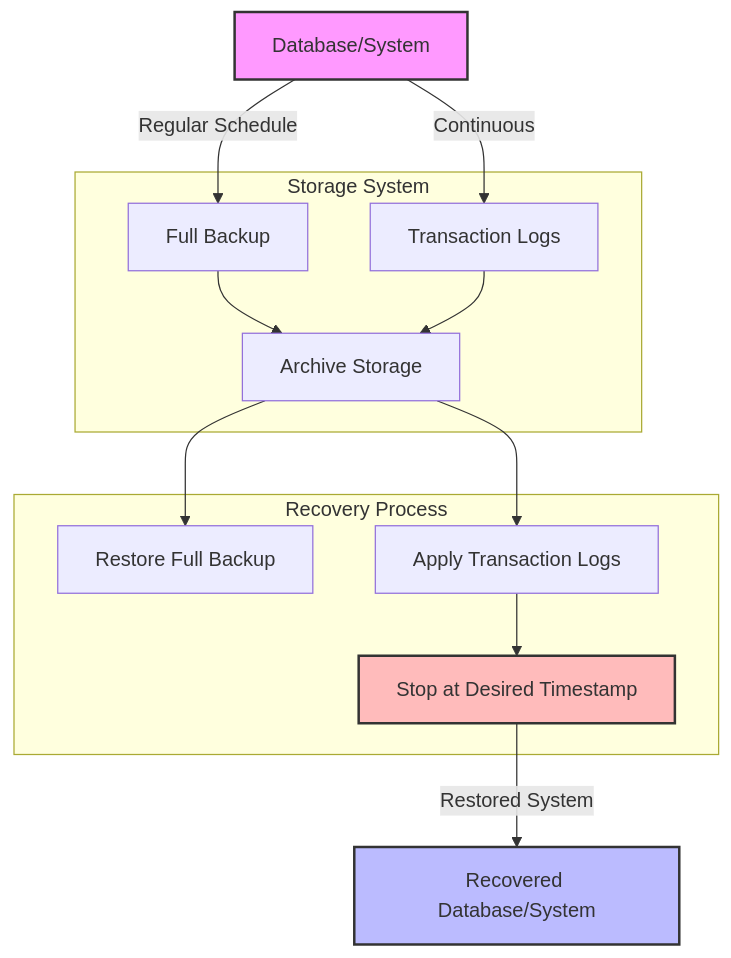
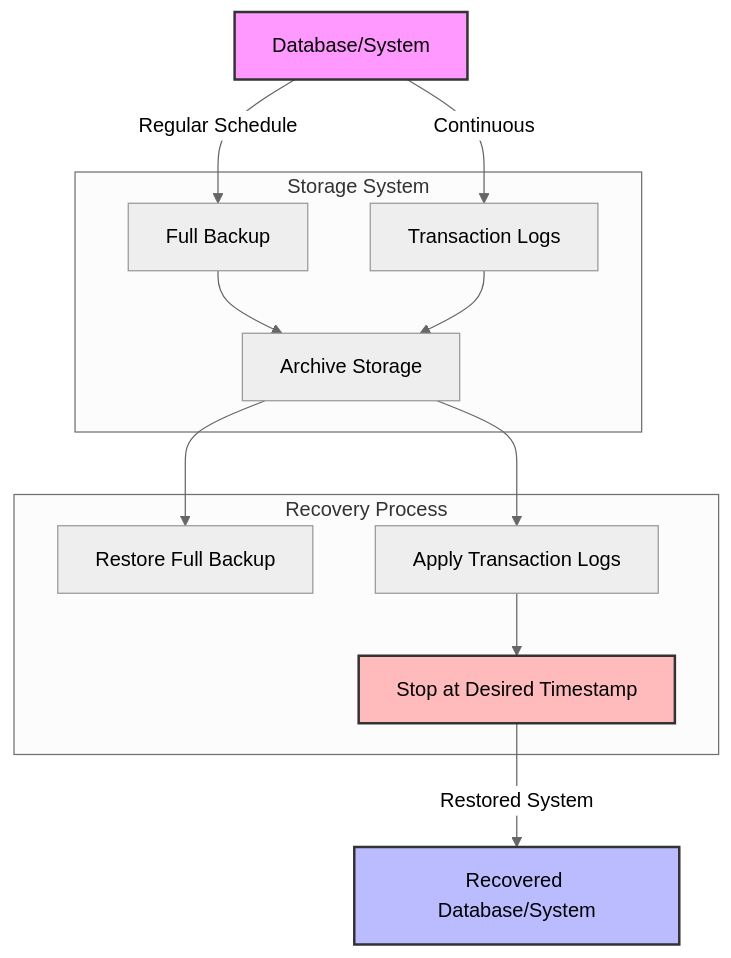
Before and after one commit to ojitha/ojitha.github.io: the second of 2 diagrams in _posts/2025-02-26-AWS_PITR.md, drawn with Mermaid. The commit also changed other lines of this file, not shown here.

Commit message:
updated with %%{init: {'theme': 'neutral' } }%%

````diff
--- a/_posts/2025-02-26-AWS_PITR.md
+++ b/_posts/2025-02-26-AWS_PITR.md
@@ -102,31 +103,32 @@
 ```mermaid
+%%{init: {'theme': 'neutral' } }%%
 flowchart TD
     A[Database/System] -->|Regular Schedule| B[Full Backup]
     A -->|Continuous| C[Transaction Logs]
     
     subgraph "Storage System"
         B
         C
         D[Archive Storage]
     end
     
     B --> D
     C --> D
     
     subgraph "Recovery Process"
         E[Restore Full Backup]
         F[Apply Transaction Logs]
         G[Stop at Desired Timestamp]
     end
     
     D --> E
     D --> F
     F --> G
     
     G -->|Restored System| H[Recovered Database/System]
     
     style A fill:#f9f,stroke:#333,stroke-width:2px
     style H fill:#bbf,stroke:#333,stroke-width:2px
     style G fill:#fbb,stroke:#333,stroke-width:2px
 
 ```
````
